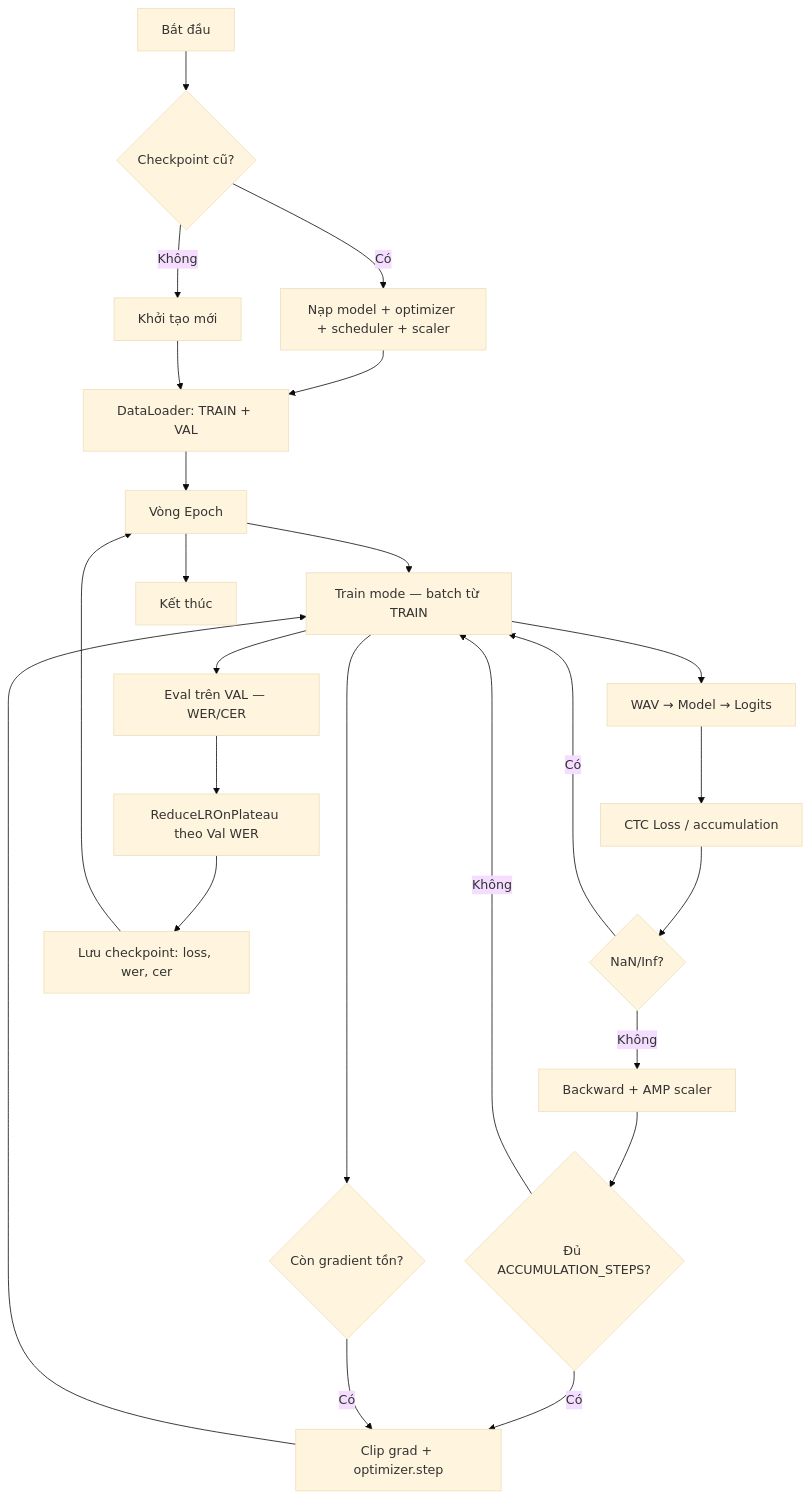
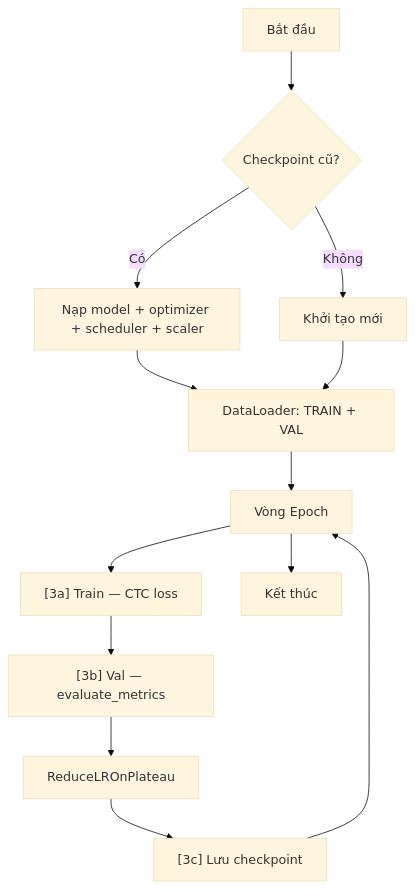
One commit to ClintonALG/DAB_Transformer_Project changed the third of 4 diagrams in FLOW.md. Above: the diagram before and after it, drawn with Mermaid (base theme). The commit also changed other lines of this file and 14 other files, not shown here.

````diff
--- a/FLOW.md
+++ b/FLOW.md
@@ -30,28 +167,31 @@
 ```mermaid
+
 flowchart TD
+
     A[Bắt đầu] --> B{Checkpoint cũ?}
+
     B -->|Có| C[Nạp model + optimizer + scheduler + scaler]
+
     B -->|Không| D[Khởi tạo mới]
+
     C --> E[DataLoader: TRAIN + VAL]
+
     D --> E
 
+
+
     E --> F[Vòng Epoch]
-    F --> G[Train mode — batch từ TRAIN]
-    G --> H[WAV → Model → Logits]
-    H --> I[CTC Loss / accumulation]
-    I --> J{NaN/Inf?}
-    J -->|Có| G
-    J -->|Không| K[Backward + AMP scaler]
-    K --> L{Đủ ACCUMULATION_STEPS?}
-    L -->|Có| M[Clip grad + optimizer.step]
-    L -->|Không| G
-    G --> N{Còn gradient tồn?}
-    N -->|Có| M
-    M --> G
 
-    G --> O[Eval trên VAL — WER/CER]
-    O --> P[ReduceLROnPlateau theo Val WER]
-    P --> Q[Lưu checkpoint: loss, wer, cer]
+    F --> G["[3a] Train — CTC loss"]
+
+    G --> O["[3b] Val — evaluate_metrics"]
+
+    O --> P[ReduceLROnPlateau]
+
+    P --> Q["[3c] Lưu checkpoint"]
+
     Q --> F
+
     F --> R[Kết thúc]
+
 ```
````
